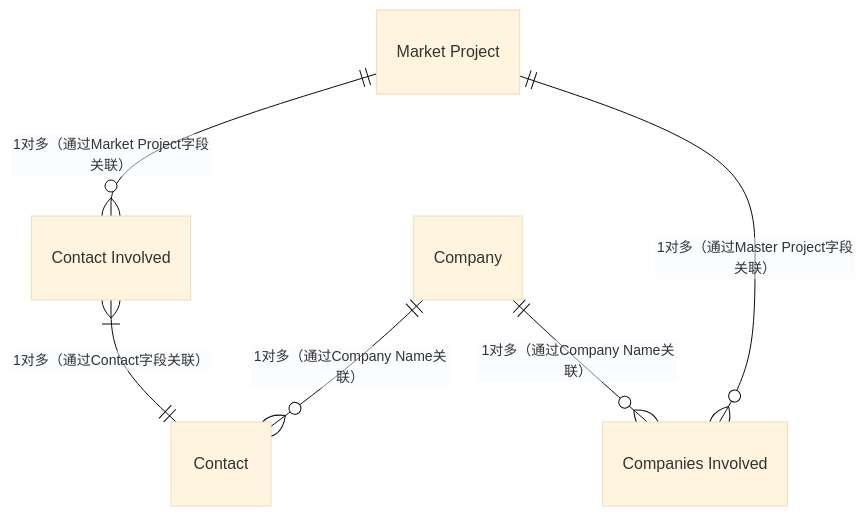
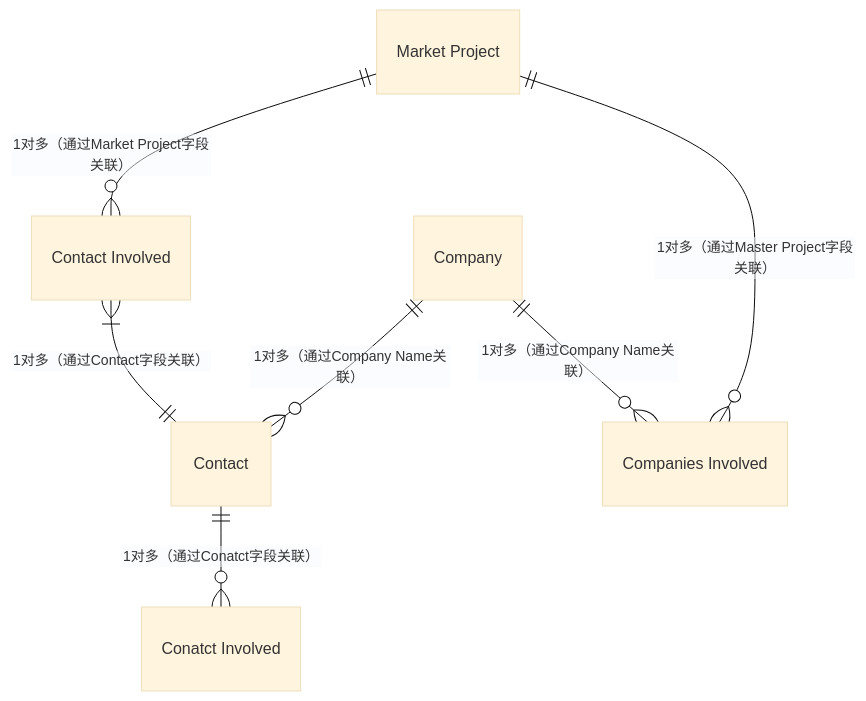
Before and after one commit to zhangziru-33/iodraw-files: the diagram in all/Norden数据E-R图(7个对象，+contact).md, drawn with Mermaid (base theme).

Commit message:
2025-12-04 14:21:39 update

````diff
--- a/all/Norden数据E-R图(7个对象，+contact).md
+++ b/all/Norden数据E-R图(7个对象，+contact).md
@@ -1,18 +1,19 @@
 ```mermaid
 erDiagram
     
     %% Company ||--o{ "PV Product" : "1对多（通过Company字段关联）"
     
     
     "Market Project" ||--o{ "Contact Involved" : "1对多（通过Market Project字段关联）"
     "Contact Involved" }|--|| "Contact" : "1对多（通过Contact字段关联）"
+    Contact ||--o{ "Conatct Involved" : "1对多（通过Conatct字段关联）"
     Company ||--o{ "Contact" : "1对多（通过Company Name关联）"
     Company ||--o{ "Companies Involved" : "1对多（通过Company Name关联）"
     "Market Project" ||--o{ "Companies Involved" : "1对多（通过Master Project字段关联）"
     
 
     %% "Market Project" ||--o{ "MP Product" : "1对多（通过Market Project字段关联）"
     %% "MP Product" }|--|| "PV Product" : "多对1（通过产品参数关联，如Frame Material）"
    
     
 ```
````
